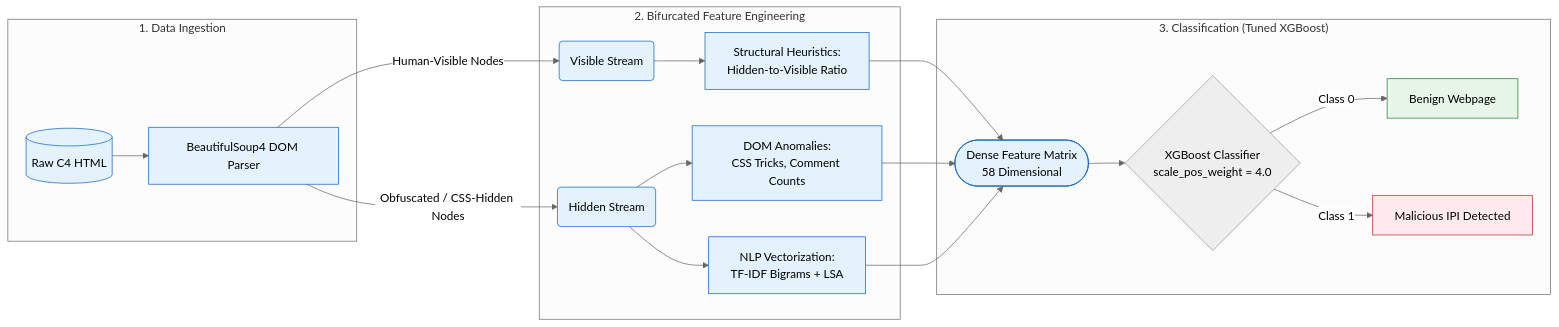
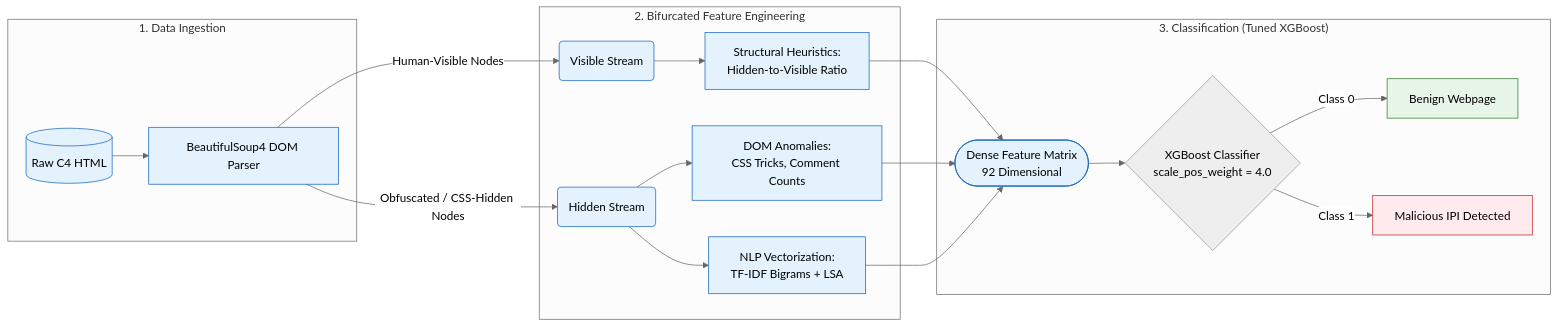
Before and after one commit to nickfaffni/waf3llm-data-science-cyber-security: the third of 3 diagrams in docs/Attack_Flow_Diagrams.md, drawn with Mermaid (neutral theme). The commit also changed 1 other file, not shown here.

Commit message:
Update interactive presentation HTML and attack flow diagrams for Iteration 10 final metrics

````diff
--- a/docs/Attack_Flow_Diagrams.md
+++ b/docs/Attack_Flow_Diagrams.md
@@ -77,33 +77,33 @@
 ```mermaid
 flowchart LR
     subgraph "1. Data Ingestion"
     A[(Raw C4 HTML)] --> B[BeautifulSoup4 DOM Parser]
     end
     
     subgraph "2. Bifurcated Feature Engineering"
     B -->|Human-Visible Nodes| C(Visible Stream)
     B -->|Obfuscated / CSS-Hidden Nodes| D(Hidden Stream)
     
     C --> E[Structural Heuristics:<br/>Hidden-to-Visible Ratio]
     D --> F[DOM Anomalies:<br/>CSS Tricks, Comment Counts]
     D --> G[NLP Vectorization:<br/>TF-IDF Bigrams + LSA]
     end
     
     subgraph "3. Classification (Tuned XGBoost)"
-    E --> H([Dense Feature Matrix<br/>58 Dimensional])
+    E --> H([Dense Feature Matrix<br/>92 Dimensional])
     F --> H
     G --> H
     
     H --> I{XGBoost Classifier<br/>scale_pos_weight = 4.0}
     I -- Class 0 --> J[Benign Webpage]
     I -- Class 1 --> K[Malicious IPI Detected]
     end
     
     classDef pipeline fill:#e3f2fd,stroke:#1565c0,color:#000;
     classDef alert fill:#ffebee,stroke:#c62828,color:#000;
     classDef safe fill:#e8f5e9,stroke:#2e7d32,color:#000;
     
     class A,B,C,D,E,F,G,H pipeline;
     class K alert;
     class J safe;
 ```
````
